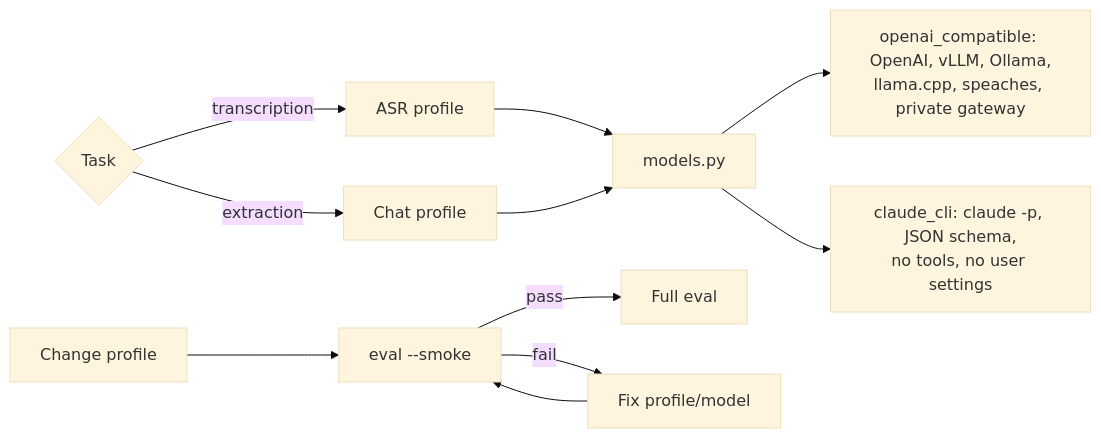
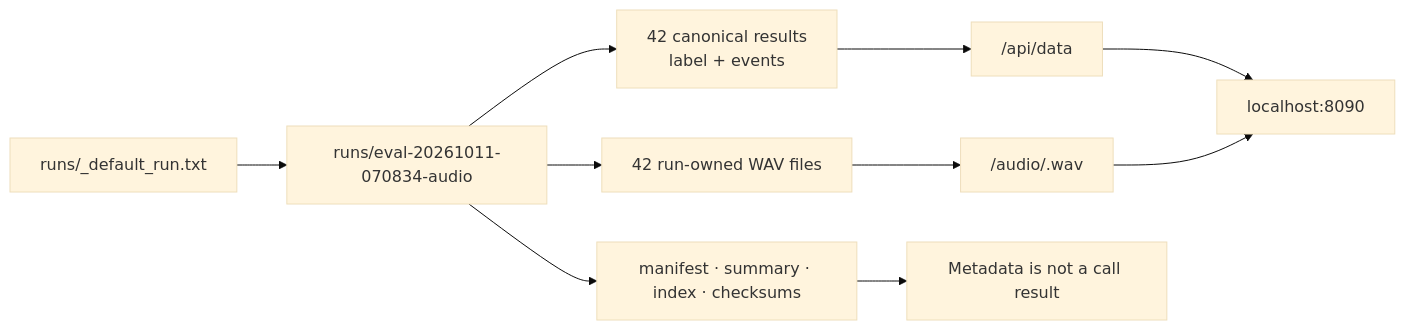
One commit to ep520/Solvent changed the third of 3 diagrams in PIPELINE_FLOW.md. Above: the diagram before and after it, drawn with Mermaid (base theme). The commit also changed other lines of this file and 2 other files, not shown here.

````diff
--- a/PIPELINE_FLOW.md
+++ b/PIPELINE_FLOW.md
@@ -105,12 +42,12 @@
 ```mermaid
 flowchart LR
-    TASK{"Task"} -- transcription --> ASRP["ASR profile"]
-    TASK -- extraction --> CHATP["Chat profile"]
-    ASRP & CHATP --> ROUTER["models.py"]
-    ROUTER --> HTTP["openai_compatible: OpenAI, vLLM, Ollama,<br/>llama.cpp, speaches, private gateway"]
-    ROUTER --> CLI["claude_cli: claude -p, JSON schema,<br/>no tools, no user settings"]
-
-    SWITCH["Change profile"] --> SMOKE["eval --smoke"]
-    SMOKE -- pass --> FULL["Full eval"]
-    SMOKE -- fail --> FIX["Fix profile/model"] --> SMOKE
+    POINTER["runs/_default_run.txt"] --> RUN["runs/eval-20261011-070834-audio"]
+    RUN --> RESULTS["42 canonical results<br/>label + events"]
+    RUN --> AUDIO["42 run-owned WAV files"]
+    RUN --> META["manifest · summary · index · checksums"]
+    RESULTS --> API["/api/data"]
+    AUDIO --> PLAYBACK["/audio/<call>.wav"]
+    META --> FILTER["Metadata is not a call result"]
+    API --> DASHBOARD["localhost:8090"]
+    PLAYBACK --> DASHBOARD
 ```
````
